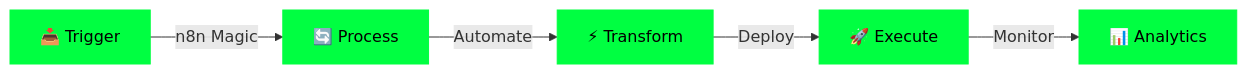
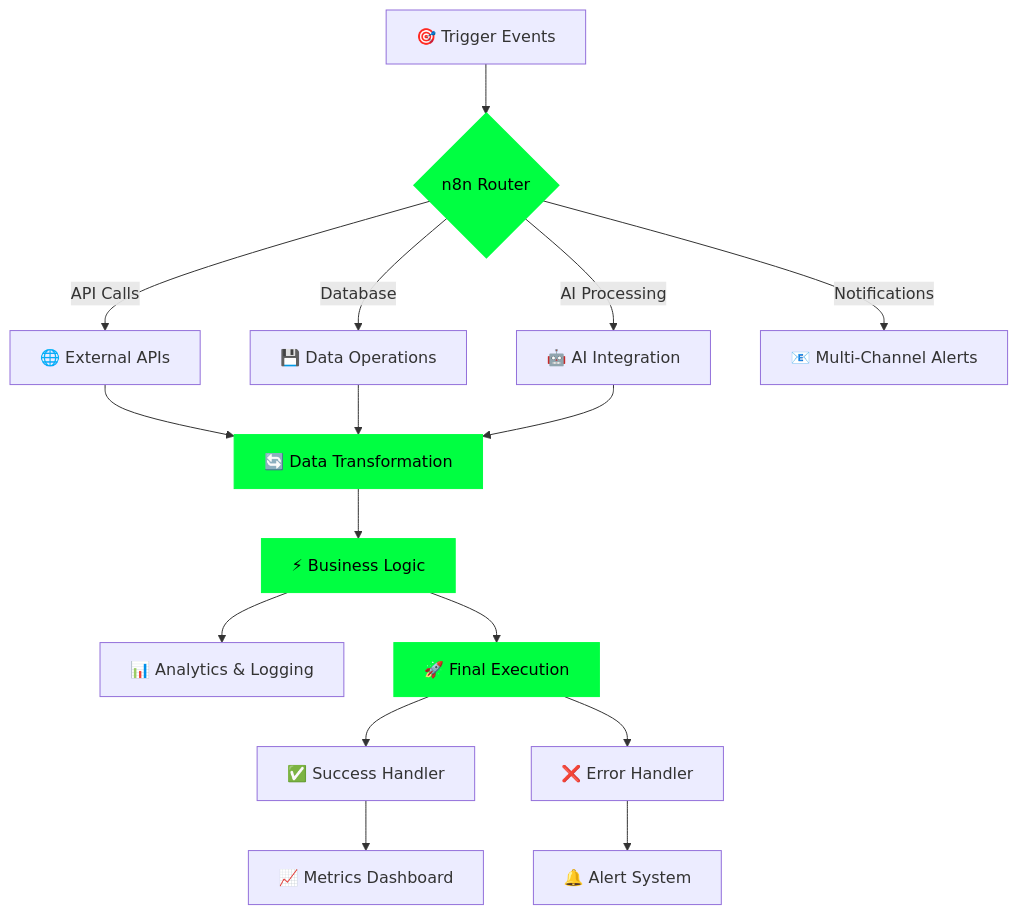
One commit to minhducdz99/minhducdz99 changed the diagram in README.md. Above: the diagram before and after it, drawn with Mermaid. The commit also changed other lines of this file, not shown here.

````diff
--- a/README.md
+++ b/README.md
@@ -108,13 +296,27 @@
 ```mermaid
-graph LR
-    A[📥 Trigger] -->|n8n Magic| B[🔄 Process]
-    B -->|Automate| C[⚡ Transform]
-    C -->|Deploy| D[🚀 Execute]
-    D -->|Monitor| E[📊 Analytics]
+graph TB
+    A[🎯 Trigger Events] --> B{n8n Router}
+    B -->|API Calls| C[🌐 External APIs]
+    B -->|Database| D[💾 Data Operations]
+    B -->|AI Processing| E[🤖 AI Integration]
+    B -->|Notifications| F[📧 Multi-Channel Alerts]
     
-    style A fill:#00FF41,stroke:#00FF41,color:#000
-    style B fill:#00FF41,stroke:#00FF41,color:#000
-    style C fill:#00FF41,stroke:#00FF41,color:#000
-    style D fill:#00FF41,stroke:#00FF41,color:#000
-    style E fill:#00FF41,stroke:#00FF41,color:#000
+    C --> G[🔄 Data Transformation]
+    D --> G
+    E --> G
+    
+    G --> H[⚡ Business Logic]
+    H --> I[📊 Analytics & Logging]
+    H --> J[🚀 Final Execution]
+    
+    J --> K[✅ Success Handler]
+    J --> L[❌ Error Handler]
+    
+    K --> M[📈 Metrics Dashboard]
+    L --> N[🔔 Alert System]
+    
+    style B fill:#00FF41,stroke:#00FF41,color:#000,stroke-width:3px
+    style G fill:#00FF41,stroke:#00FF41,color:#000
+    style H fill:#00FF41,stroke:#00FF41,color:#000
+    style J fill:#00FF41,stroke:#00FF41,color:#000
 ```
````
